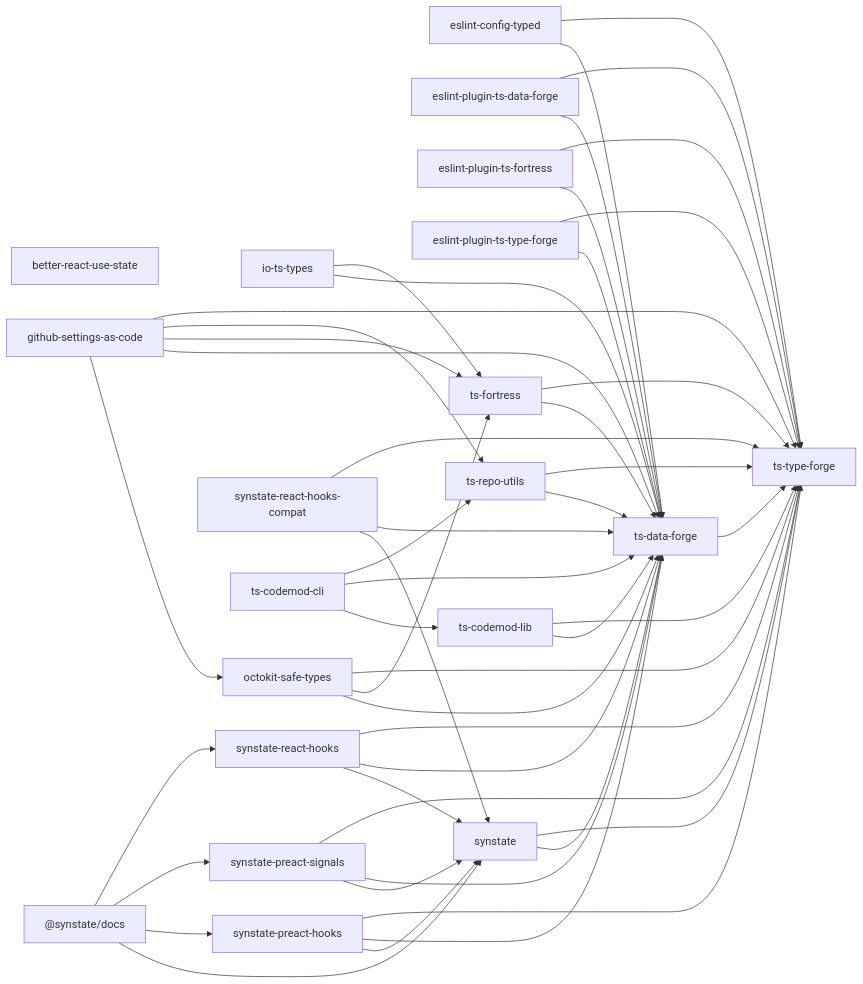
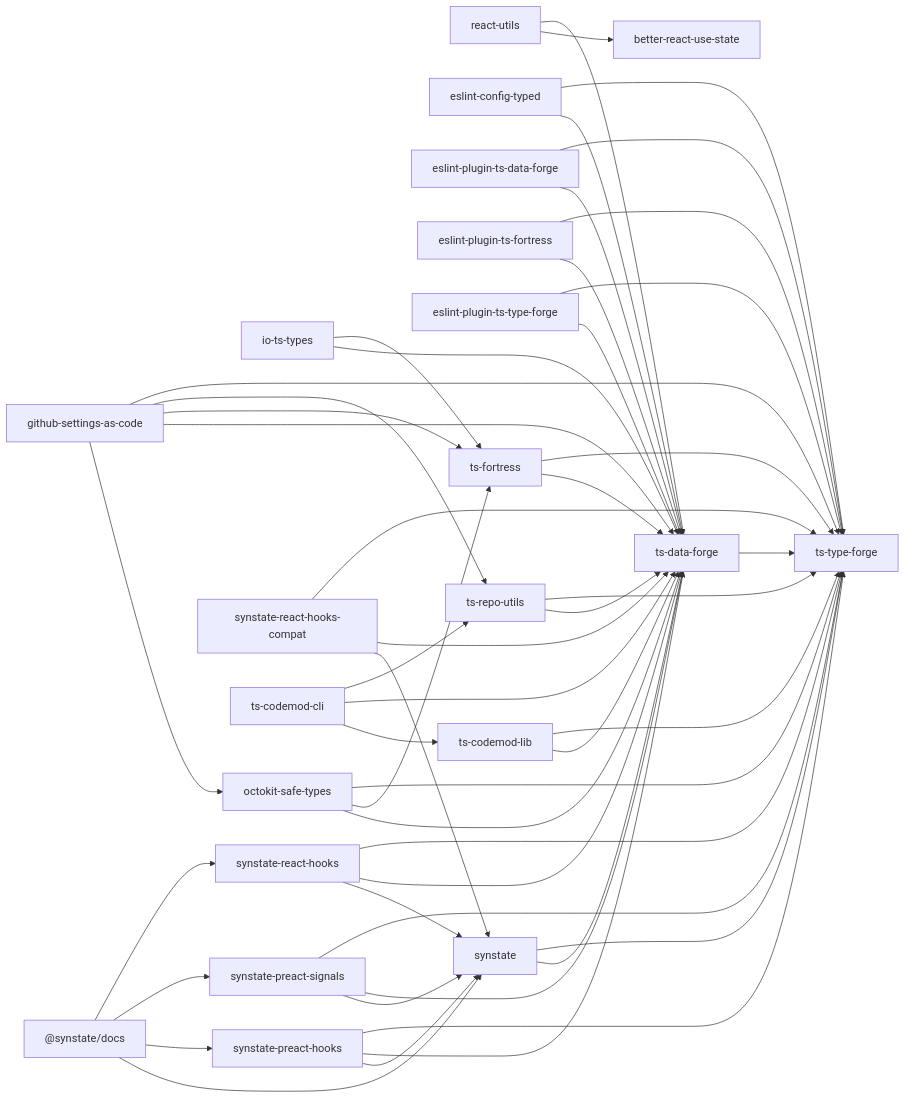
Before and after one commit to noshiro-pf/mono: the diagram in docs/package-dependencies.md, drawn with Mermaid. The commit also changed other lines of this file and 35 other files, not shown here.

First line of the commit message:
feat: restore react-utils from experimental/

````diff
--- a/docs/package-dependencies.md
+++ b/docs/package-dependencies.md
@@ -13,69 +13,72 @@
 ```mermaid
 graph LR
   better_react_use_state["better-react-use-state"]
   io_ts_types["io-ts-types"]
+  react_utils["react-utils"]
   _synstate_docs["@synstate/docs"]
   eslint_config_typed["eslint-config-typed"]
   eslint_plugin_ts_data_forge["eslint-plugin-ts-data-forge"]
   eslint_plugin_ts_fortress["eslint-plugin-ts-fortress"]
   eslint_plugin_ts_type_forge["eslint-plugin-ts-type-forge"]
   github_settings_as_code["github-settings-as-code"]
   octokit_safe_types["octokit-safe-types"]
   synstate["synstate"]
   synstate_preact_hooks["synstate-preact-hooks"]
   synstate_preact_signals["synstate-preact-signals"]
   synstate_react_hooks["synstate-react-hooks"]
   synstate_react_hooks_compat["synstate-react-hooks-compat"]
   ts_codemod_cli["ts-codemod-cli"]
   ts_codemod_lib["ts-codemod-lib"]
   ts_data_forge["ts-data-forge"]
   ts_fortress["ts-fortress"]
   ts_repo_utils["ts-repo-utils"]
   ts_type_forge["ts-type-forge"]
   io_ts_types --> ts_data_forge
   io_ts_types --> ts_fortress
+  react_utils --> better_react_use_state
+  react_utils --> ts_data_forge
   _synstate_docs --> synstate
   _synstate_docs --> synstate_preact_hooks
   _synstate_docs --> synstate_preact_signals
   _synstate_docs --> synstate_react_hooks
   eslint_config_typed --> ts_data_forge
   eslint_config_typed --> ts_type_forge
   eslint_plugin_ts_data_forge --> ts_data_forge
   eslint_plugin_ts_data_forge --> ts_type_forge
   eslint_plugin_ts_fortress --> ts_data_forge
   eslint_plugin_ts_fortress --> ts_type_forge
   eslint_plugin_ts_type_forge --> ts_data_forge
   eslint_plugin_ts_type_forge --> ts_type_forge
   github_settings_as_code --> octokit_safe_types
   github_settings_as_code --> ts_data_forge
   github_settings_as_code --> ts_fortress
   github_settings_as_code --> ts_repo_utils
   github_settings_as_code --> ts_type_forge
   octokit_safe_types --> ts_data_forge
   octokit_safe_types --> ts_fortress
   octokit_safe_types --> ts_type_forge
   synstate --> ts_data_forge
   synstate --> ts_type_forge
   synstate_preact_hooks --> synstate
   synstate_preact_hooks --> ts_data_forge
   synstate_preact_hooks --> ts_type_forge
   synstate_preact_signals --> synstate
   synstate_preact_signals --> ts_data_forge
   synstate_preact_signals --> ts_type_forge
   synstate_react_hooks --> synstate
   synstate_react_hooks --> ts_data_forge
   synstate_react_hooks --> ts_type_forge
   synstate_react_hooks_compat --> synstate
   synstate_react_hooks_compat --> ts_data_forge
   synstate_react_hooks_compat --> ts_type_forge
   ts_codemod_cli --> ts_codemod_lib
   ts_codemod_cli --> ts_data_forge
   ts_codemod_cli --> ts_repo_utils
   ts_codemod_lib --> ts_data_forge
   ts_codemod_lib --> ts_type_forge
   ts_data_forge --> ts_type_forge
   ts_fortress --> ts_data_forge
   ts_fortress --> ts_type_forge
   ts_repo_utils --> ts_data_forge
   ts_repo_utils --> ts_type_forge
 ```
````
